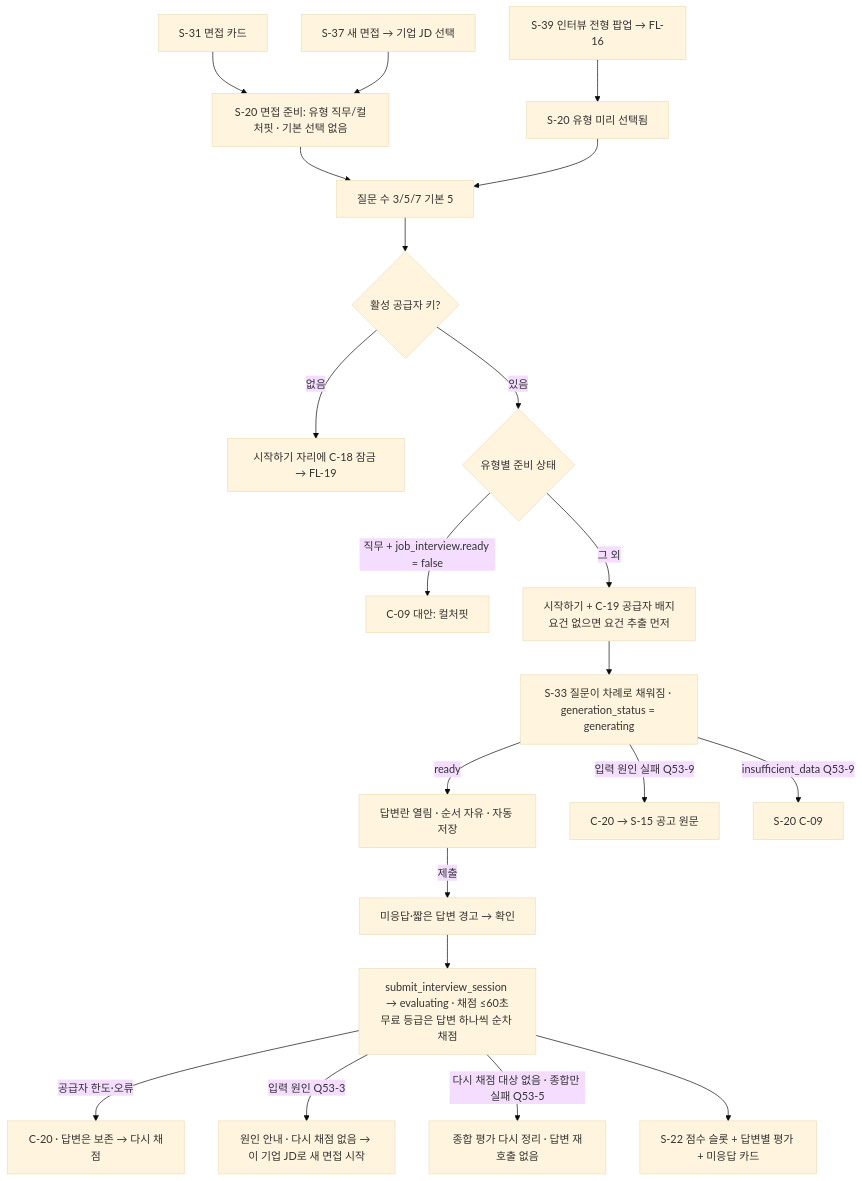
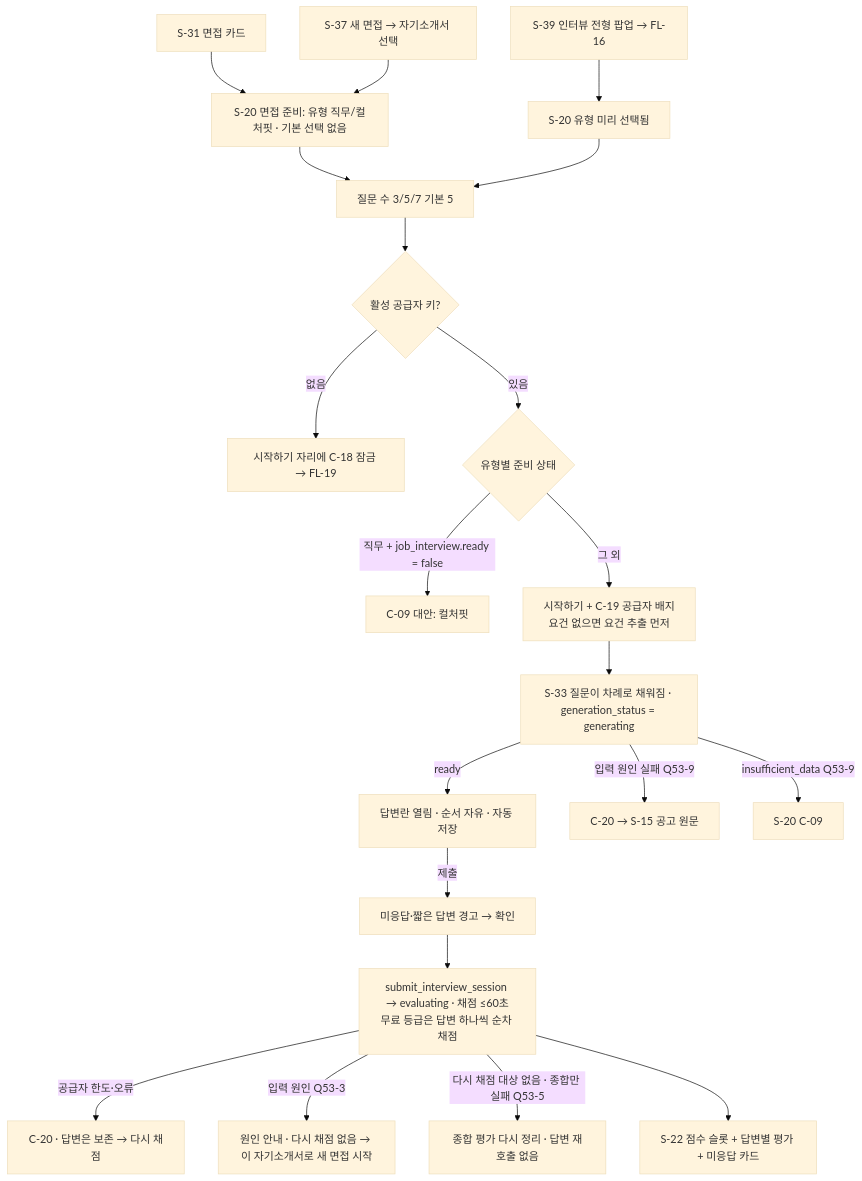
One commit to j-hyunn/resumate changed the eighth of 20 diagrams in docs/planning/02-user-flows.md. Above: the diagram before and after it, drawn with Mermaid (base theme). The commit also changed other lines of this file and 11 other files, not shown here.

````diff
--- a/docs/planning/02-user-flows.md
+++ b/docs/planning/02-user-flows.md
@@ -404,23 +423,23 @@
 ```mermaid
 flowchart TD
   A1[S-31 면접 카드] --> P
-  A2[S-37 새 면접 → 기업 JD 선택] --> P
+  A2[S-37 새 면접 → 자기소개서 선택] --> P
   A3[S-39 인터뷰 전형 팝업 → FL-16] --> P2[S-20 유형 미리 선택됨]
   P[S-20 면접 준비: 유형 직무/컬처핏 · 기본 선택 없음] --> N[질문 수 3/5/7 기본 5]
   P2 --> N
   N --> K{활성 공급자 키?}
   K -->|없음| LK[시작하기 자리에 C-18 잠금 → FL-19]
   K -->|있음| G{유형별 준비 상태}
   G -->|직무 + job_interview.ready = false| X[C-09 대안: 컬처핏]
   G -->|그 외| S[시작하기 + C-19 공급자 배지<br/>요건 없으면 요건 추출 먼저]
   S --> Q[S-33 질문이 차례로 채워짐 · generation_status = generating]
   Q -->|ready| W[답변란 열림 · 순서 자유 · 자동 저장]
   Q -->|입력 원인 실패 Q53-9| QF[C-20 → S-15 공고 원문]
   Q -->|insufficient_data Q53-9| QD[S-20 C-09]
   W -->|제출| V[미응답·짧은 답변 경고 → 확인]
   V --> E[submit_interview_session → evaluating · 채점 ≤60초<br/>무료 등급은 답변 하나씩 순차 채점]
   E -->|공급자 한도·오류| ER[C-20 · 답변은 보존 → 다시 채점]
-  E -->|입력 원인 Q53-3| EI[원인 안내 · 다시 채점 없음 → 이 기업 JD로 새 면접 시작]
+  E -->|입력 원인 Q53-3| EI[원인 안내 · 다시 채점 없음 → 이 자기소개서로 새 면접 시작]
   E -->|다시 채점 대상 없음 · 종합만 실패 Q53-5| ES[종합 평가 다시 정리 · 답변 재호출 없음]
   E --> R[S-22 점수 슬롯 + 답변별 평가 + 미응답 카드]
 ```
````
